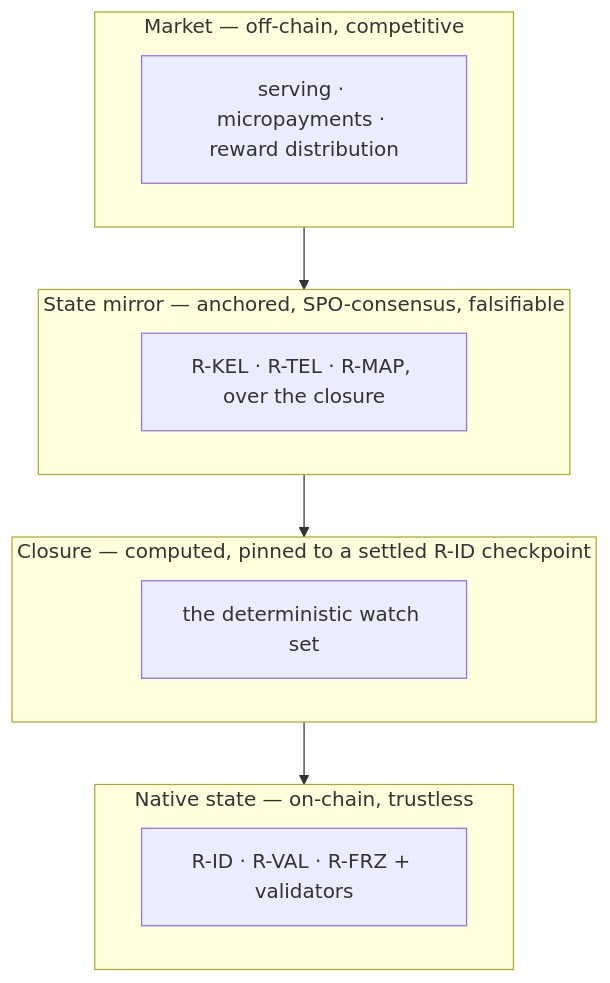
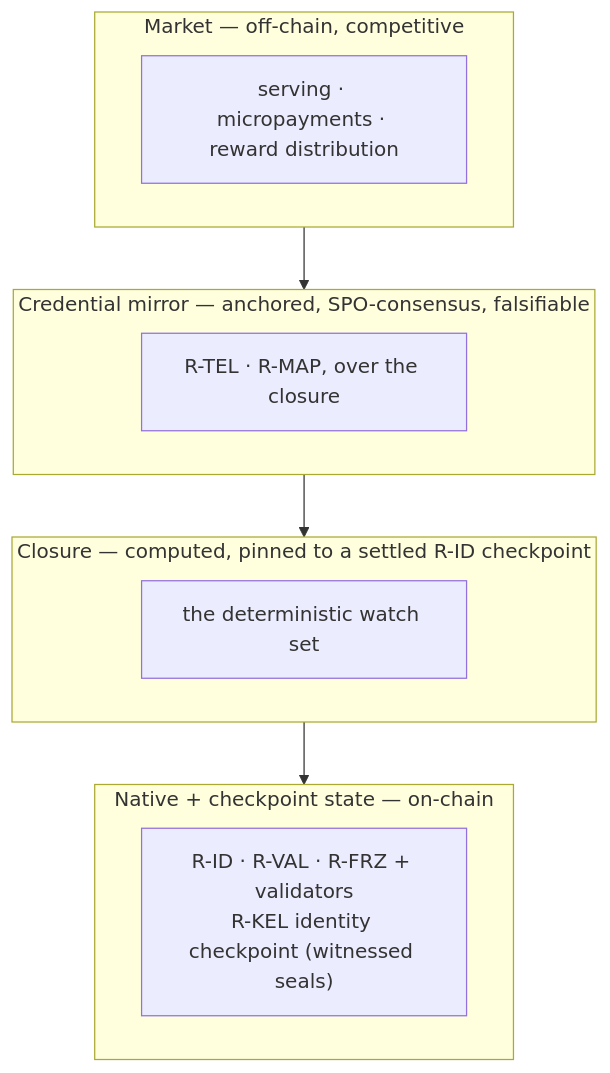
Before and after one commit to lambdasistemi/cardano-keri: the second of 7 diagrams in docs/architecture/system.md, drawn with Mermaid. The commit also changed other lines of this file and 9 other files, not shown here.

````diff
--- a/docs/architecture/system.md
+++ b/docs/architecture/system.md
@@ -59,16 +69,16 @@
 ```mermaid
 flowchart TB
     subgraph L4["Market — off-chain, competitive"]
         M["serving · micropayments · reward distribution"]
     end
-    subgraph L3["State mirror — anchored, SPO-consensus, falsifiable"]
-        S["R-KEL · R-TEL · R-MAP, over the closure"]
+    subgraph L3["Credential mirror — anchored, SPO-consensus, falsifiable"]
+        S["R-TEL · R-MAP, over the closure"]
     end
     subgraph L2["Closure — computed, pinned to a settled R-ID checkpoint"]
         CL["the deterministic watch set"]
     end
-    subgraph L1["Native state — on-chain, trustless"]
-        N["R-ID · R-VAL · R-FRZ + validators"]
+    subgraph L1["Native + checkpoint state — on-chain"]
+        N["R-ID · R-VAL · R-FRZ + validators<br/>R-KEL identity checkpoint (witnessed seals)"]
     end
     L4 --> L3 --> L2 --> L1
 ```
````
